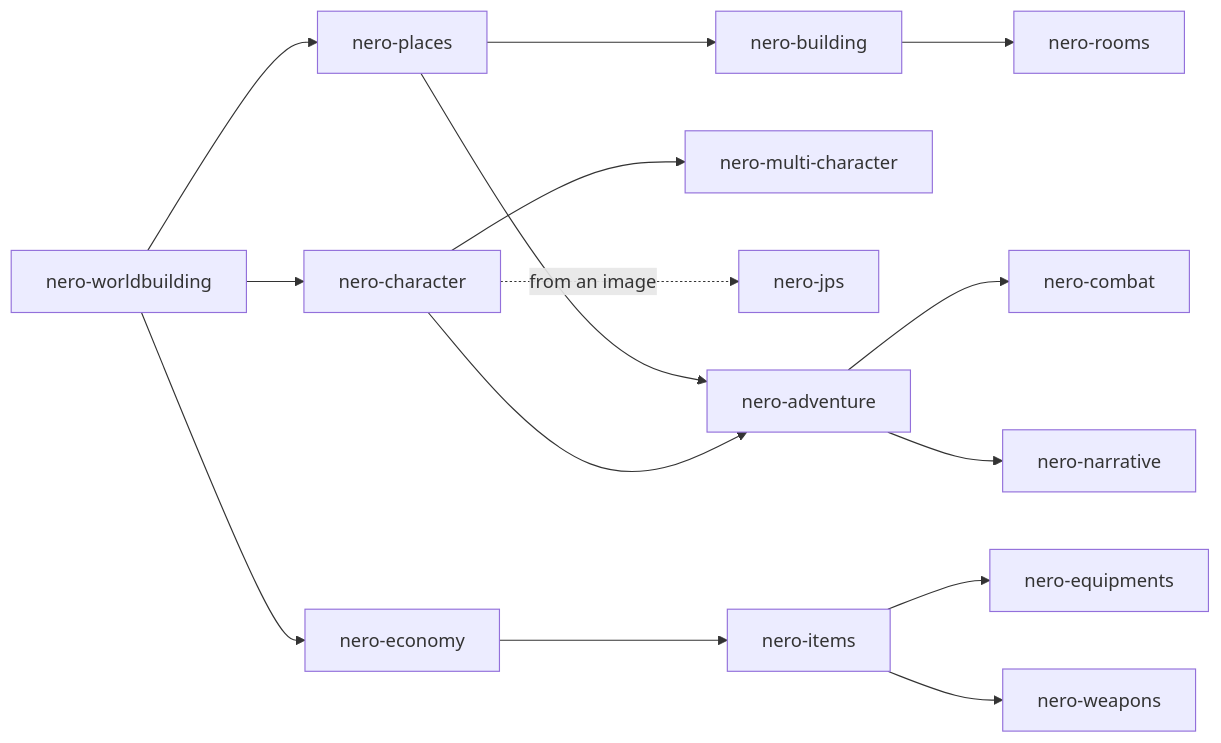
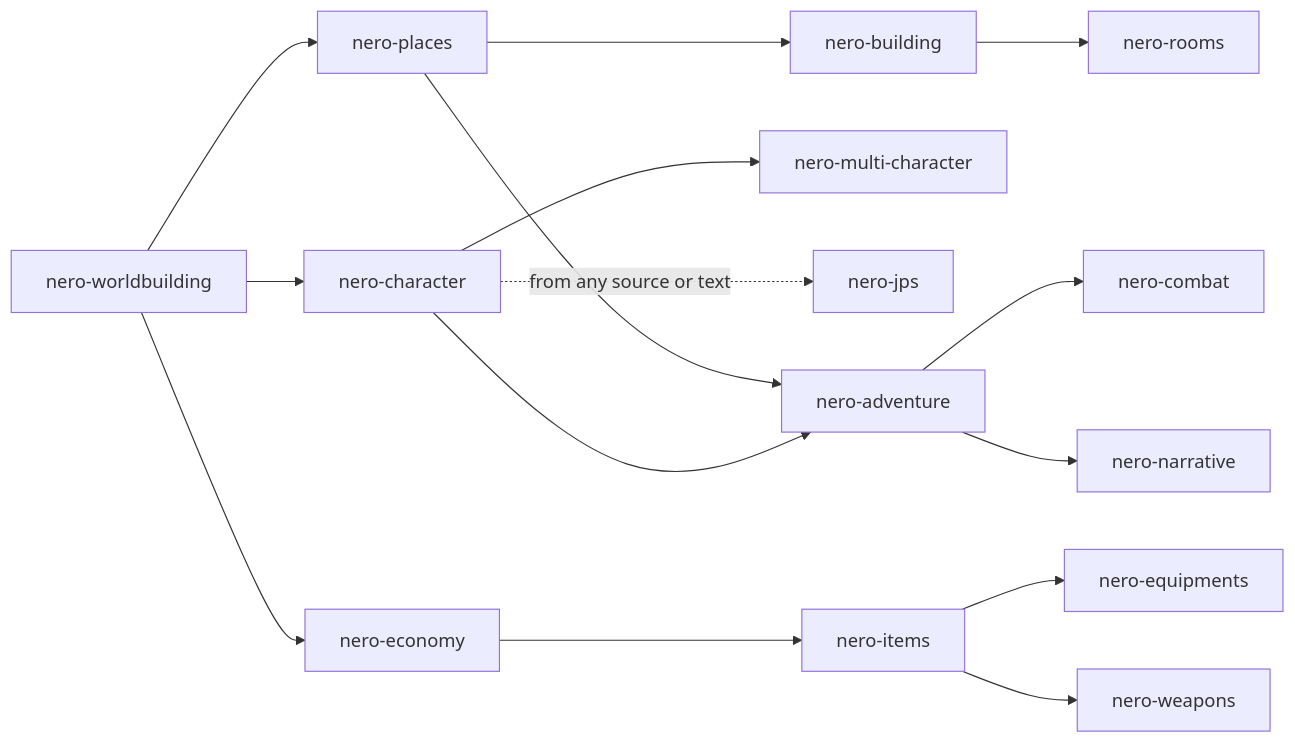
Before and after one commit to KMC1525/nero: the diagram in README.md, drawn with Mermaid. The commit also changed other lines of this file and 16 other files, not shown here.

First line of the commit message:
Release 1.2: nero-jps text-only mode and full multimodal input

````diff
--- a/README.md
+++ b/README.md
@@ -204,17 +225,17 @@
 ```mermaid
 flowchart LR
     W[nero-worldbuilding] --> P[nero-places]
     W --> E[nero-economy]
     P --> B[nero-building]
     B --> R[nero-rooms]
     W --> C[nero-character]
     C --> M[nero-multi-character]
-    C -. from an image .-> J[nero-jps]
+    C -. from any source or text .-> J[nero-jps]
     E --> I[nero-items]
     I --> Q[nero-equipments]
     I --> K[nero-weapons]
     P --> A[nero-adventure]
     C --> A
     A --> X[nero-combat]
     A --> N[nero-narrative]
 ```
````
